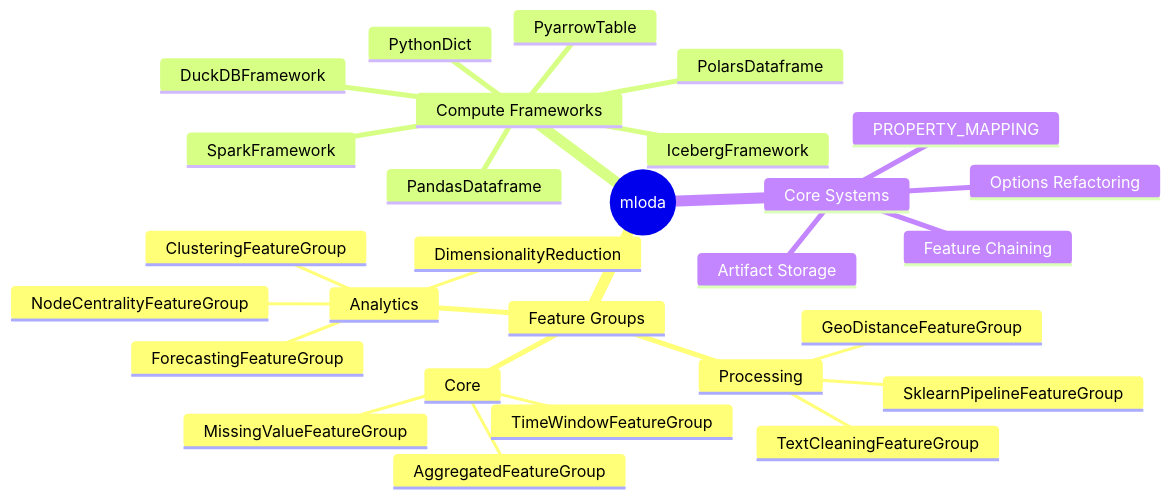
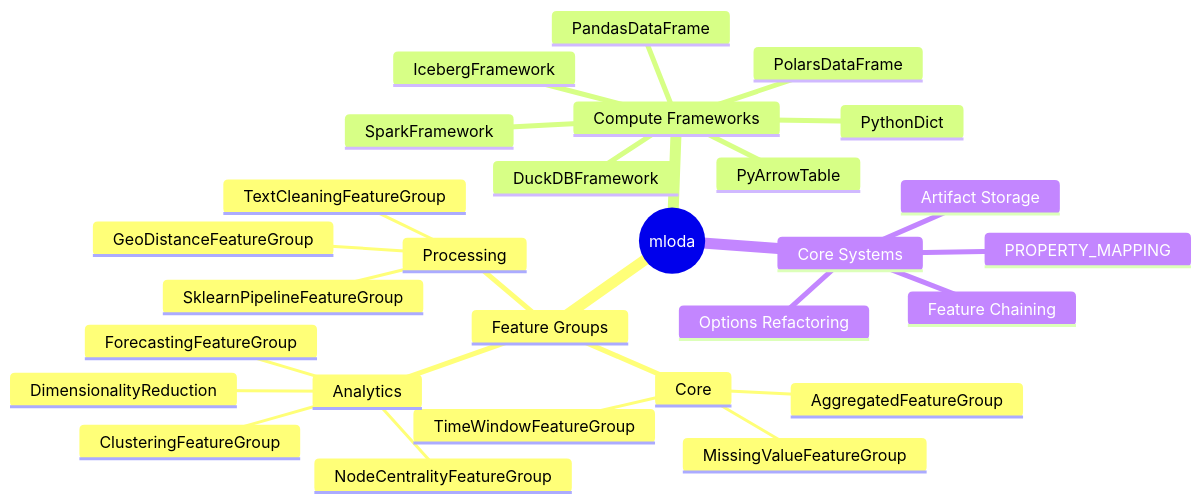
The second of 3 diagrams in memory-bank/progress.md (mloda-ai/mloda), drawn with Mermaid before and after one commit. The commit also changed 142 other files, not shown here.

````diff
--- a/memory-bank/progress.md
+++ b/memory-bank/progress.md
@@ -14,31 +14,31 @@
 ```mermaid
 mindmap
   root((mloda))
     Feature Groups
       Core
         AggregatedFeatureGroup
         TimeWindowFeatureGroup
         MissingValueFeatureGroup
       Analytics
         ClusteringFeatureGroup
         DimensionalityReduction
         ForecastingFeatureGroup
         NodeCentralityFeatureGroup
       Processing
         TextCleaningFeatureGroup
         GeoDistanceFeatureGroup
         SklearnPipelineFeatureGroup
     Compute Frameworks
-      PandasDataframe
-      PyarrowTable
+      PandasDataFrame
+      PyArrowTable
       PythonDict
-      PolarsDataframe
+      PolarsDataFrame
       DuckDBFramework
       IcebergFramework
       SparkFramework
     Core Systems
       Options Refactoring
       PROPERTY_MAPPING
       Feature Chaining
       Artifact Storage
 ```
````
